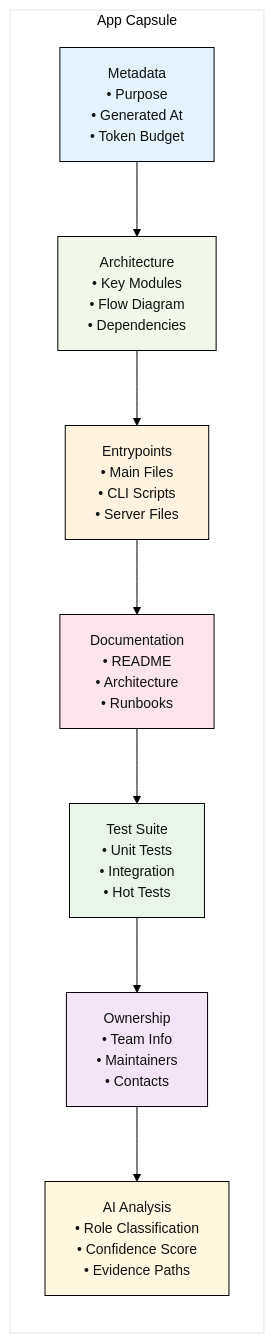
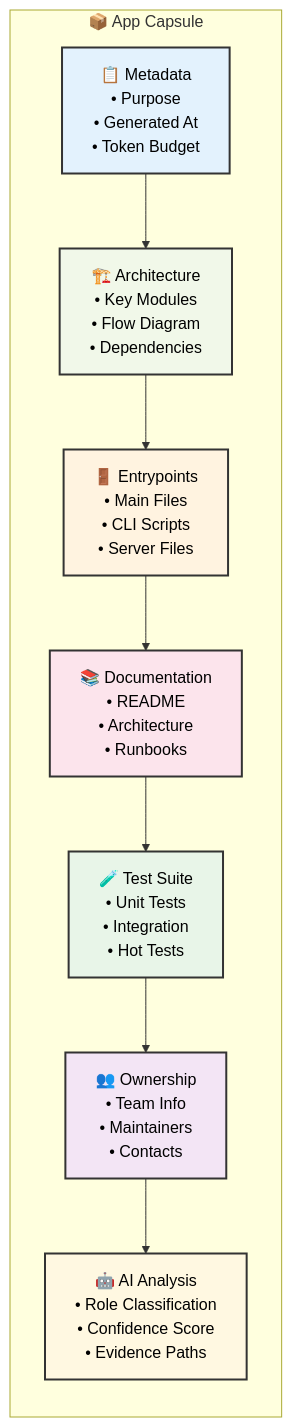
Before and after one commit to atifshafi/workspace-mcp: the fourth of 5 diagrams in README.md, drawn with Mermaid. The commit also changed other lines of this file and 1 other file, not shown here.

First line of the commit message:
🔧 Fix Mermaid diagrams for GitHub compatibility

````diff
--- a/README.md
+++ b/README.md
@@ -228,36 +240,43 @@
 ```mermaid
-%%{init: {"theme": "base", "themeVariables": {"primaryColor": "#ffffff", "primaryTextColor": "#000000", "primaryBorderColor": "#000000", "lineColor": "#000000", "secondaryColor": "#f0f0f0", "tertiaryColor": "#ffffff", "background": "#ffffff", "mainBkg": "#ffffff", "secondaryTextColor": "#000000", "tertiaryTextColor": "#000000", "fontSize": "14px"}} }%%
-graph LR
-    subgraph "App Capsule"
+flowchart TB
+    subgraph Capsule ["📦 App Capsule"]
         direction TB
         
-        META[Metadata<br/>• Purpose<br/>• Generated At<br/>• Token Budget]
+        META["📋 Metadata<br/>• Purpose<br/>• Generated At<br/>• Token Budget"]
         
-        ARCH[Architecture<br/>• Key Modules<br/>• Flow Diagram<br/>• Dependencies]
+        ARCH["🏗️ Architecture<br/>• Key Modules<br/>• Flow Diagram<br/>• Dependencies"]
         
-        ENTRY[Entrypoints<br/>• Main Files<br/>• CLI Scripts<br/>• Server Files]
+        ENTRY["🚪 Entrypoints<br/>• Main Files<br/>• CLI Scripts<br/>• Server Files"]
         
-        DOCS[Documentation<br/>• README<br/>• Architecture<br/>• Runbooks]
+        DOCS["📚 Documentation<br/>• README<br/>• Architecture<br/>• Runbooks"]
         
-        TESTS[Test Suite<br/>• Unit Tests<br/>• Integration<br/>• Hot Tests]
+        TESTS["🧪 Test Suite<br/>• Unit Tests<br/>• Integration<br/>• Hot Tests"]
         
-        OWNERS[Ownership<br/>• Team Info<br/>• Maintainers<br/>• Contacts]
+        OWNERS["👥 Ownership<br/>• Team Info<br/>• Maintainers<br/>• Contacts"]
         
-        AI[AI Analysis<br/>• Role Classification<br/>• Confidence Score<br/>• Evidence Paths]
+        AI["🤖 AI Analysis<br/>• Role Classification<br/>• Confidence Score<br/>• Evidence Paths"]
     end
     
     META --> ARCH
     ARCH --> ENTRY
     ENTRY --> DOCS
     DOCS --> TESTS
     TESTS --> OWNERS
     OWNERS --> AI
     
-    style META fill:#e3f2fd,color:#111111
-    style ARCH fill:#f1f8e9,color:#111111
-    style ENTRY fill:#fff3e0,color:#111111
-    style DOCS fill:#fce4ec,color:#111111
-    style TESTS fill:#e8f5e8,color:#111111
-    style OWNERS fill:#f3e5f5,color:#111111
-    style AI fill:#fff8e1,color:#111111
+    classDef metadata fill:#e3f2fd,stroke:#333,stroke-width:2px,color:#000
+    classDef arch fill:#f1f8e9,stroke:#333,stroke-width:2px,color:#000
+    classDef entry fill:#fff3e0,stroke:#333,stroke-width:2px,color:#000
+    classDef docs fill:#fce4ec,stroke:#333,stroke-width:2px,color:#000
+    classDef tests fill:#e8f5e8,stroke:#333,stroke-width:2px,color:#000
+    classDef owners fill:#f3e5f5,stroke:#333,stroke-width:2px,color:#000
+    classDef ai fill:#fff8e1,stroke:#333,stroke-width:2px,color:#000
+
+    class META metadata
+    class ARCH arch
+    class ENTRY entry
+    class DOCS docs
+    class TESTS tests
+    class OWNERS owners
+    class AI ai
 ```
````
